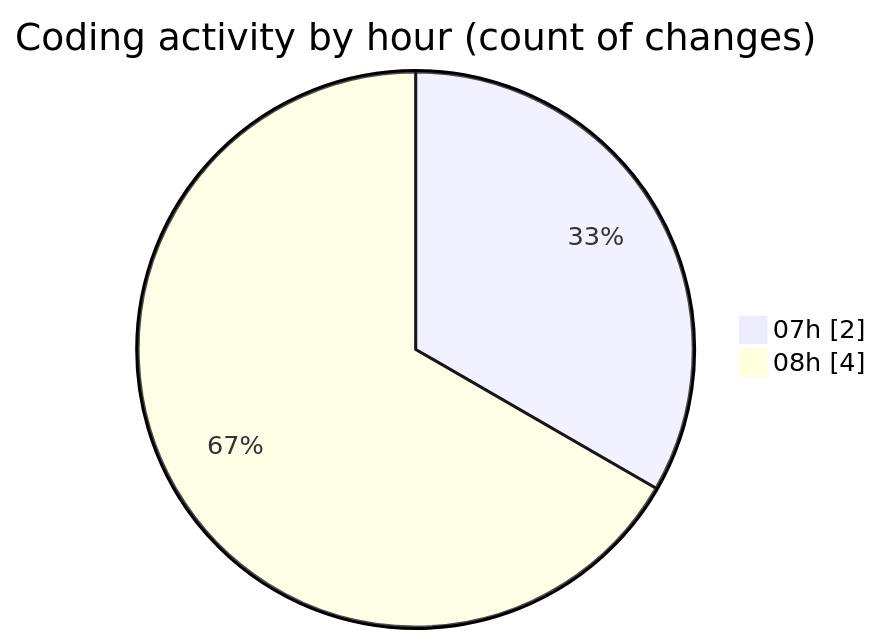
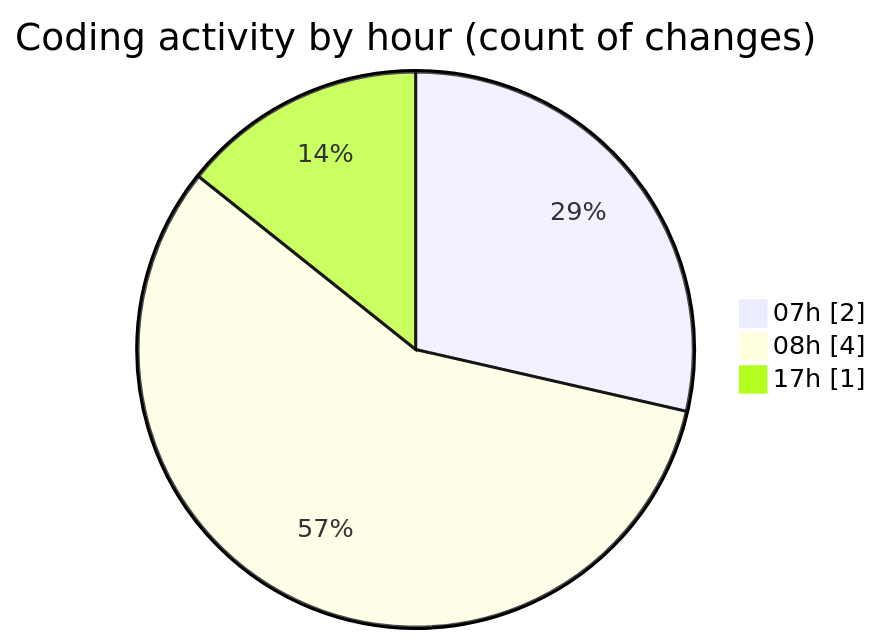
Before and after one commit to robertbonfada/code-tracking: the second of 2 diagrams in 2025-02-19/mbc-web/README.md, drawn with Mermaid. The commit also changed other lines of this file and 1 other file, not shown here.

````diff
--- a/2025-02-19/mbc-web/README.md
+++ b/2025-02-19/mbc-web/README.md
@@ -30,6 +31,7 @@
 ```mermaid
 pie showData
 title Coding activity by hour (count of changes)
 "07h" : 2
 "08h" : 4
+"17h" : 1
 ```
````
